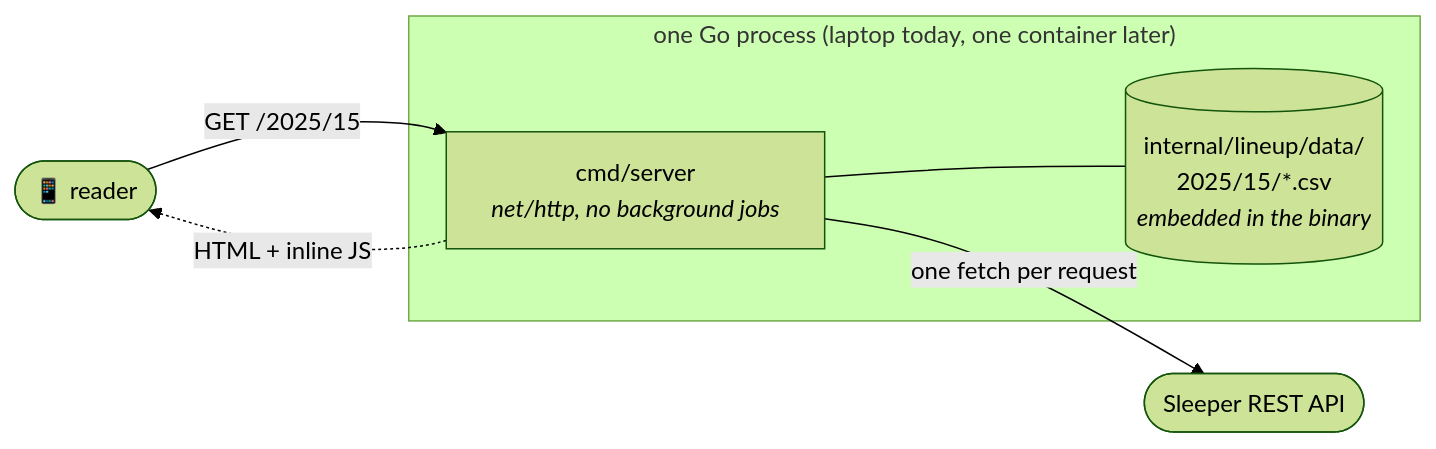
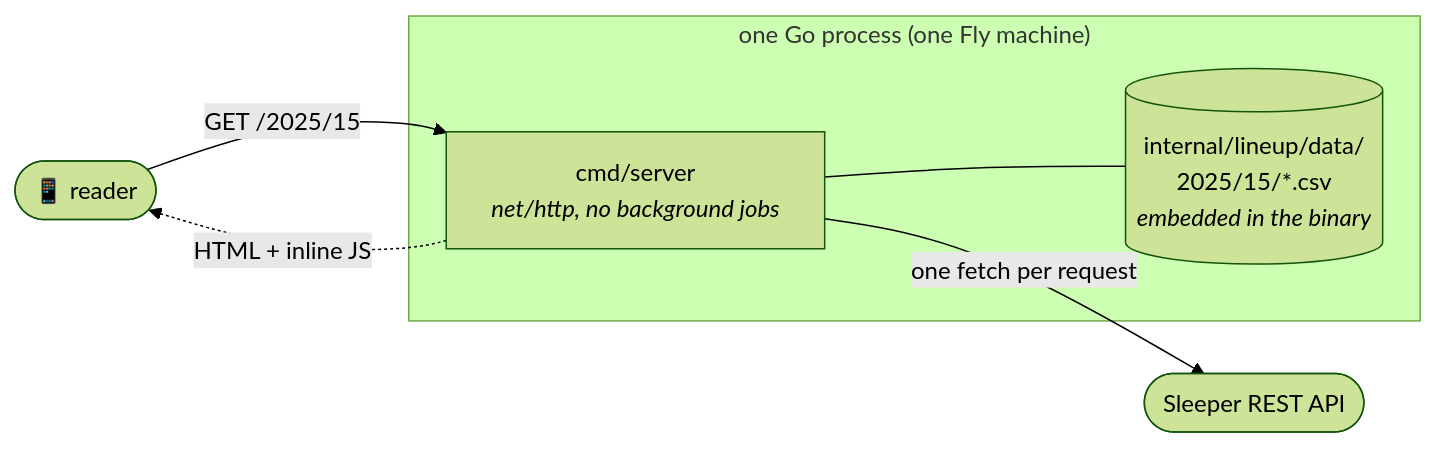
The first of 8 diagrams in docs/architecture.md (eshifrin-606/bojjaes), drawn with Mermaid (forest theme) before and after one commit. The commit also changed other lines of this file and 1 other file, not shown here.

Commit message:
update docs with id ordering and extra loop in state machine

````diff
--- a/docs/architecture.md
+++ b/docs/architecture.md
@@ -10,11 +10,11 @@
 ```mermaid
 graph LR
     reader(["📱 reader"]) -->|"GET /2025/15"| server
-    subgraph box["one Go process (laptop today, one container later)"]
+    subgraph box["one Go process (one Fly machine)"]
         server["cmd/server<br/><i>net/http, no background jobs</i>"]
         tree[("internal/lineup/data/<br/>2025/15/*.csv<br/><i>embedded in the binary</i>")]
         server --- tree
     end
     server -->|"one fetch per request"| sleeper(["Sleeper REST API"])
     server -.->|"HTML + inline JS"| reader
 ```
````
